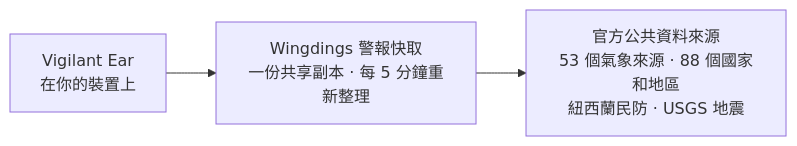
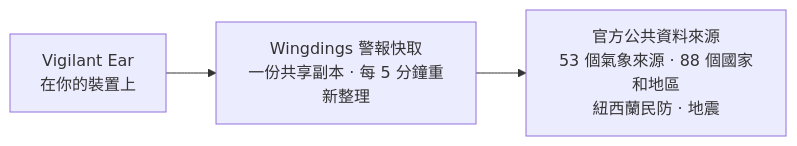
The fourth of 4 diagrams in README_zh-Hant.md (rpalm01-star/VigilantEarLegal), drawn with Mermaid before and after one commit. The commit also changed other lines of this file and 47 other files, not shown here.

````diff
--- a/README_zh-Hant.md
+++ b/README_zh-Hant.md
@@ -171,5 +171,5 @@
 ```mermaid
 graph LR
     P1["Vigilant Ear<br/>在你的裝置上"] --> W["Wingdings 警報快取<br/>一份共享副本 · 每 5 分鐘重新整理"]
-    W --> N["官方公共資料來源<br/>53 個氣象來源 · 88 個國家和地區<br/>紐西蘭民防 · USGS 地震"]
+    W --> N["官方公共資料來源<br/>53 個氣象來源 · 88 個國家和地區<br/>紐西蘭民防 · 地震"]
 ```
````
